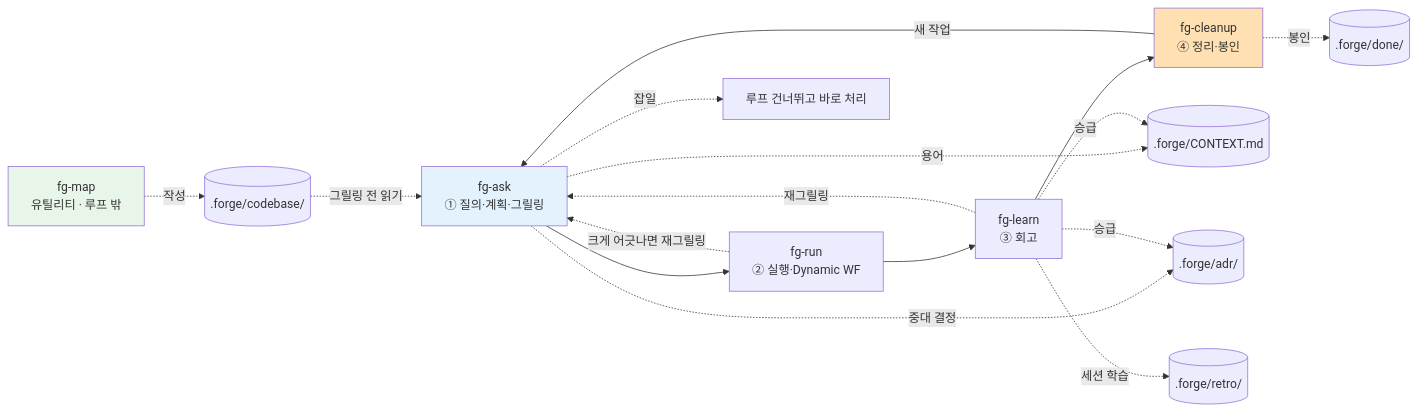
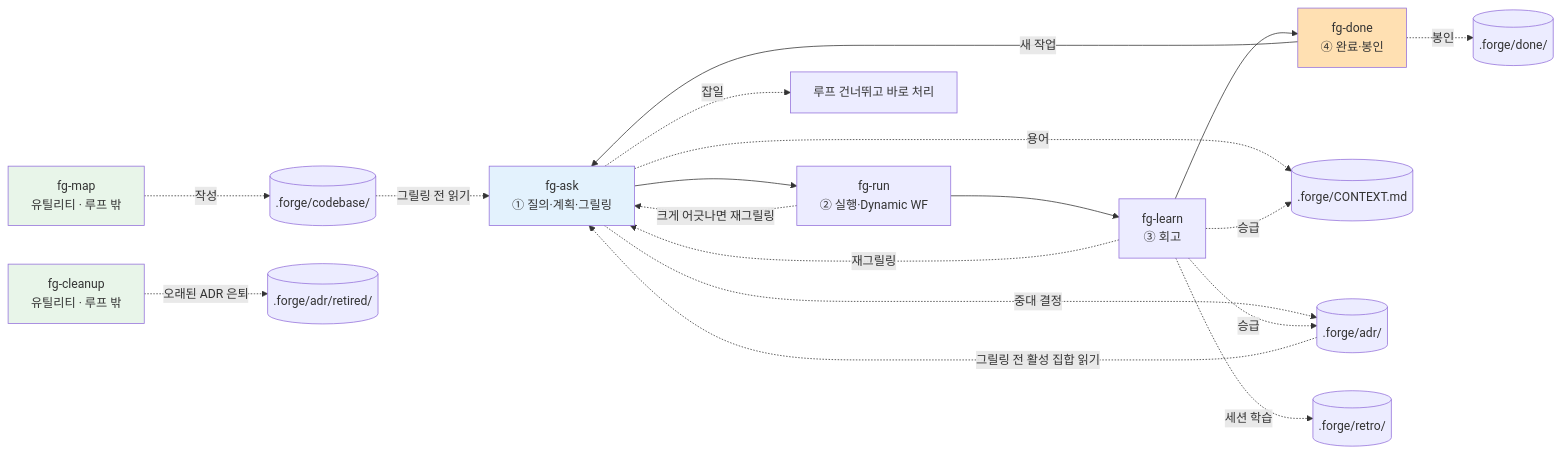
One commit to gyuha/forge changed the diagram in README.ko.md. Above: the diagram before and after it, drawn with Mermaid. The commit also changed other lines of this file and 25 other files, not shown here.

First line of the commit message:
feat(forge): fg-cleanup→fg-done 개명 + 신규 fg-cleanup(ADR 은퇴), 브랜치 격리·fg-merge, fg-next all 회고 항상 skip + /goal 무인완주, ④단계 done 통일

````diff
--- a/README.ko.md
+++ b/README.ko.md
@@ -36,21 +38,24 @@
 ```mermaid
 flowchart LR
     A[fg-ask<br/>① 질의·계획·그릴링] --> E[fg-run<br/>② 실행·Dynamic WF]
     E --> L[fg-learn<br/>③ 회고]
-    L --> C[fg-cleanup<br/>④ 정리·봉인]
+    L --> C[fg-done<br/>④ 완료·봉인]
     E -.크게 어긋나면 재그릴링.-> A
     L -.재그릴링.-> A
     C -->|새 작업| A
     A -.잡일.-> X[루프 건너뛰고 바로 처리]
     A -.용어.-> CTX[(.forge/CONTEXT.md)]
     A -.중대 결정.-> ADR[(.forge/adr/)]
     L -.승급.-> CTX
     L -.승급.-> ADR
     L -.세션 학습.-> RETRO[(.forge/retro/)]
     C -.봉인.-> DONE[(.forge/done/)]
     MAP[fg-map<br/>유틸리티 · 루프 밖] -.작성.-> CB[(.forge/codebase/)]
     CB -.그릴링 전 읽기.-> A
+    CLEAN[fg-cleanup<br/>유틸리티 · 루프 밖] -.오래된 ADR 은퇴.-> ADRRET[(.forge/adr/retired/)]
+    ADR -.그릴링 전 활성 집합 읽기.-> A
     style A fill:#e3f2fd
     style C fill:#ffe0b2
     style MAP fill:#e8f5e9
+    style CLEAN fill:#e8f5e9
 ```
````
